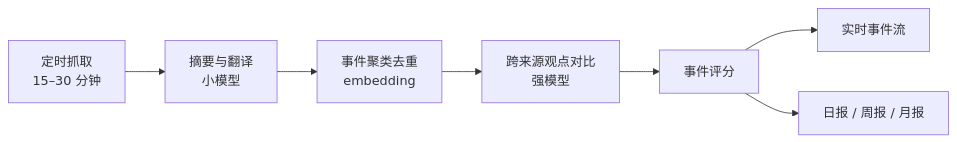
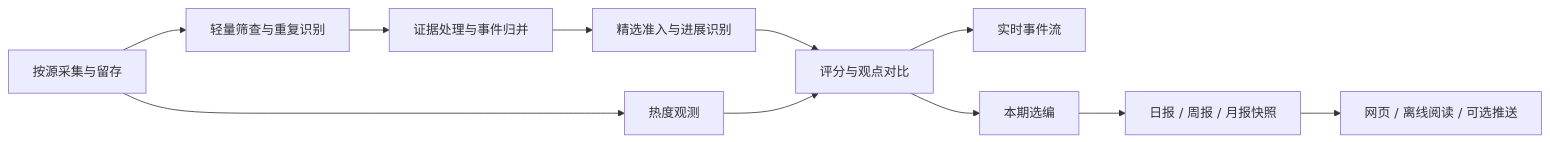
One commit to LinsRock/unspun changed the diagram in docs/requirement.md. Above: the diagram before and after it, drawn with Mermaid. The commit also changed other lines of this file and 4 other files, not shown here.

Commit message:
docs: define content curation and publishing roadmap

````diff
--- a/docs/requirement.md
+++ b/docs/requirement.md
@@ -102,9 +120,13 @@
 ```mermaid
 flowchart LR
-  A[定时抓取<br/>15–30 分钟] --> B[摘要与翻译<br/>小模型]
-  B --> C[事件聚类去重<br/>embedding]
-  C --> D[跨来源观点对比<br/>强模型]
-  D --> E[事件评分]
+  A[按源采集与留存] --> B[轻量筛查与重复识别]
+  B --> C[证据处理与事件归并]
+  C --> D[精选准入与进展识别]
+  D --> E[评分与观点对比]
   E --> F[实时事件流]
-  E --> G[日报 / 周报 / 月报]
+  E --> G[本期选编]
+  G --> H[日报 / 周报 / 月报快照]
+  H --> I[网页 / 离线阅读 / 可选推送]
+  A --> J[热度观测]
+  J --> E
 ```
````
